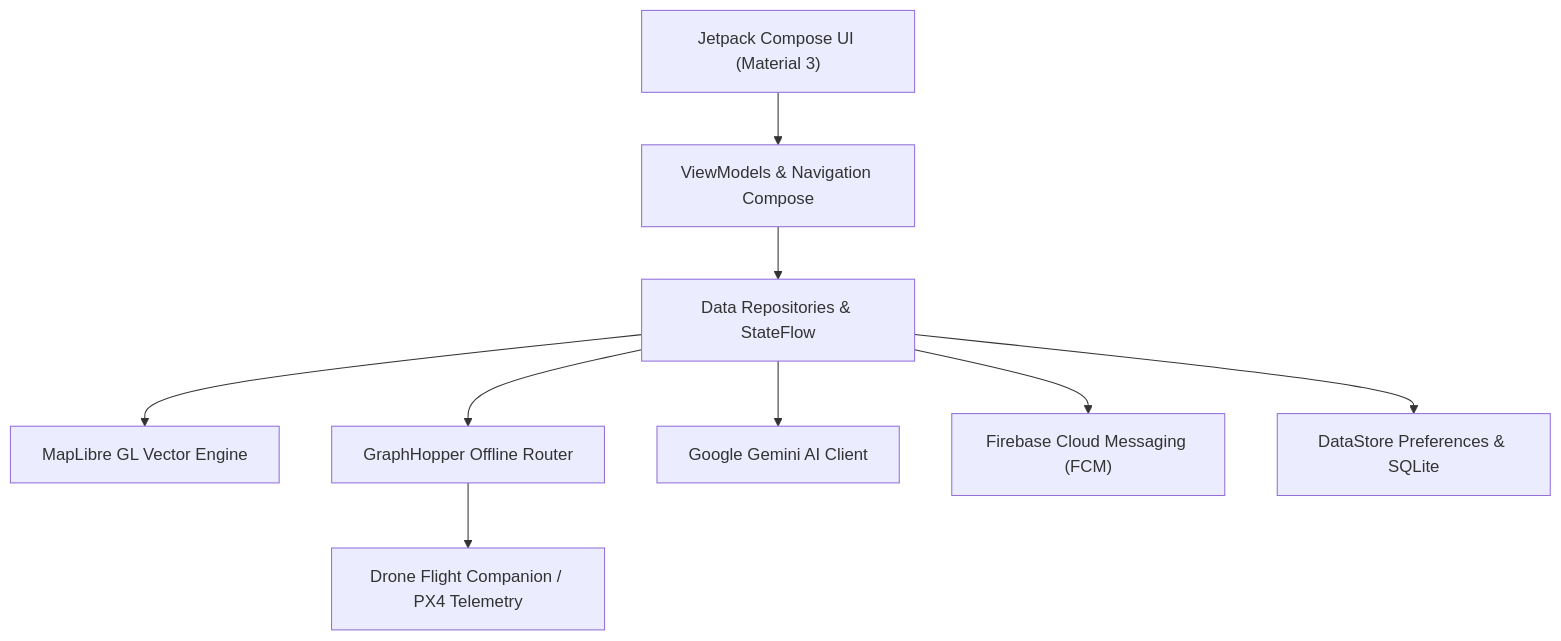
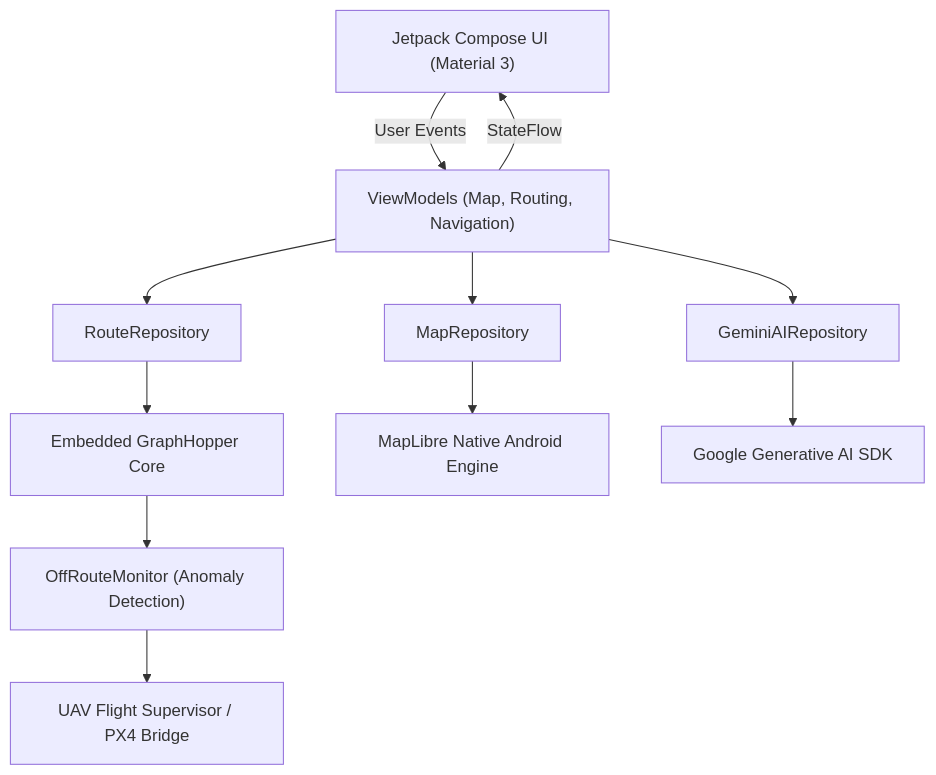
Before and after one commit to AhmadHasssan9181/Waffle: the second of 2 diagrams in README.md, drawn with Mermaid. The commit also changed other lines of this file and 3 other files, not shown here.

Commit message:
docs: complete overhaul with official waffle-quadcopter branding, architecture & specs

````diff
--- a/README.md
+++ b/README.md
@@ -47,13 +92,16 @@
 ```mermaid
 graph TD
-    UI["Jetpack Compose UI (Material 3)"] --> VM["ViewModels & Navigation Compose"]
-    VM --> Repos["Data Repositories & StateFlow"]
+    UI["Jetpack Compose UI (Material 3)"] --> |User Events| VM["ViewModels (Map, Routing, Navigation)"]
+    VM --> |StateFlow| UI
     
-    Repos --> MapEngine["MapLibre GL Vector Engine"]
-    Repos --> RouteEngine["GraphHopper Offline Router"]
-    Repos --> AI["Google Gemini AI Client"]
-    Repos --> Cloud["Firebase Cloud Messaging (FCM)"]
-    Repos --> Storage["DataStore Preferences & SQLite"]
+    VM --> RouteRepo["RouteRepository"]
+    VM --> MapRepo["MapRepository"]
+    VM --> AIRepo["GeminiAIRepository"]
     
-    RouteEngine --> Hardware["Drone Flight Companion / PX4 Telemetry"]
+    RouteRepo --> GH["Embedded GraphHopper Core"]
+    MapRepo --> ML["MapLibre Native Android Engine"]
+    AIRepo --> Gemini["Google Generative AI SDK"]
+    
+    GH --> OffRoute["OffRouteMonitor (Anomaly Detection)"]
+    OffRoute --> Hardware["UAV Flight Supervisor / PX4 Bridge"]
 ```
````
